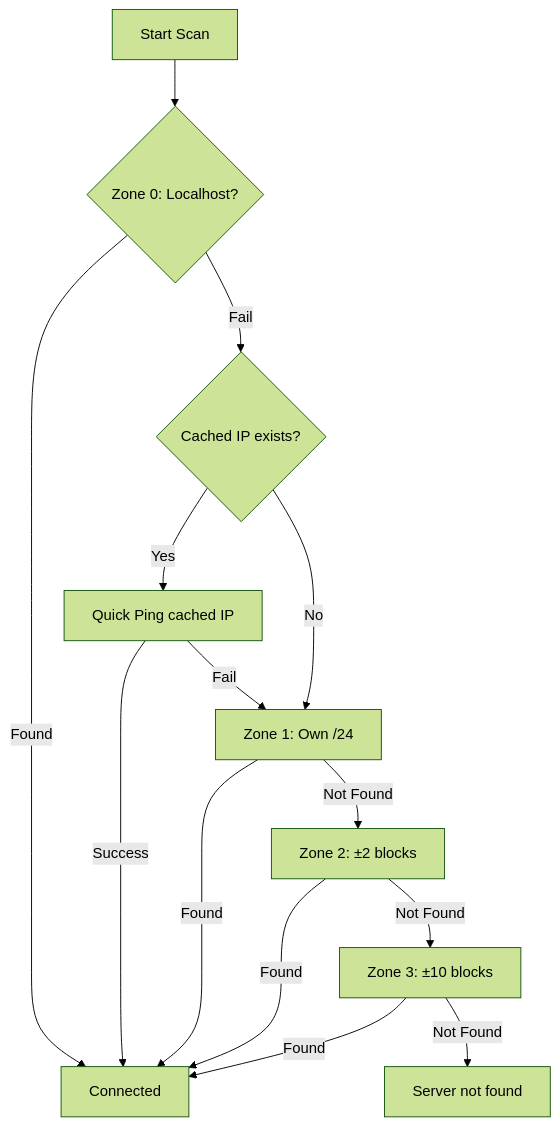
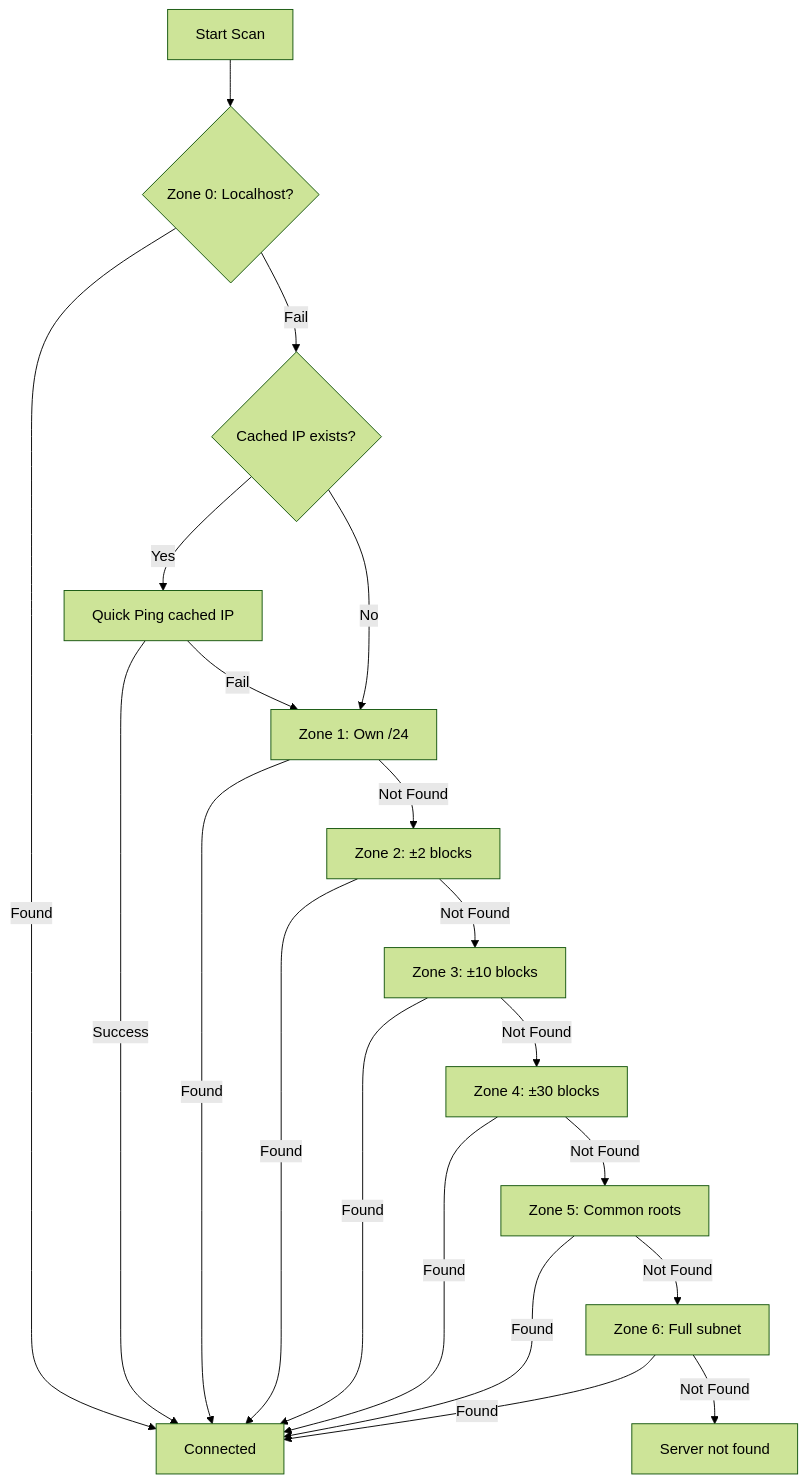
The second of 2 diagrams in README.md (Kush-Singh-26/k-share), drawn with Mermaid (forest theme) before and after one commit. The commit also changed other lines of this file and 19 other files, not shown here.

````diff
--- a/README.md
+++ b/README.md
@@ -140,16 +161,22 @@
 ```mermaid
 flowchart TD
     A[Start Scan] --> Z0{Zone 0: Localhost?}
     Z0 -->|Found| Z[Connected]
     Z0 -->|Fail| B{Cached IP exists?}
     B -->|Yes| C[Quick Ping cached IP]
     C -->|Success| Z
     C -->|Fail| D[Zone 1: Own /24]
     B -->|No| D
     D -->|Found| Z
     D -->|Not Found| E[Zone 2: ±2 blocks]
     E -->|Found| Z
     E -->|Not Found| F[Zone 3: ±10 blocks]
     F -->|Found| Z
-    F -->|Not Found| G[Server not found]
+    F -->|Not Found| G[Zone 4: ±30 blocks]
+    G -->|Found| Z
+    G -->|Not Found| H[Zone 5: Common roots]
+    H -->|Found| Z
+    H -->|Not Found| I[Zone 6: Full subnet]
+    I -->|Found| Z
+    I -->|Not Found| J[Server not found]
 ```
````
